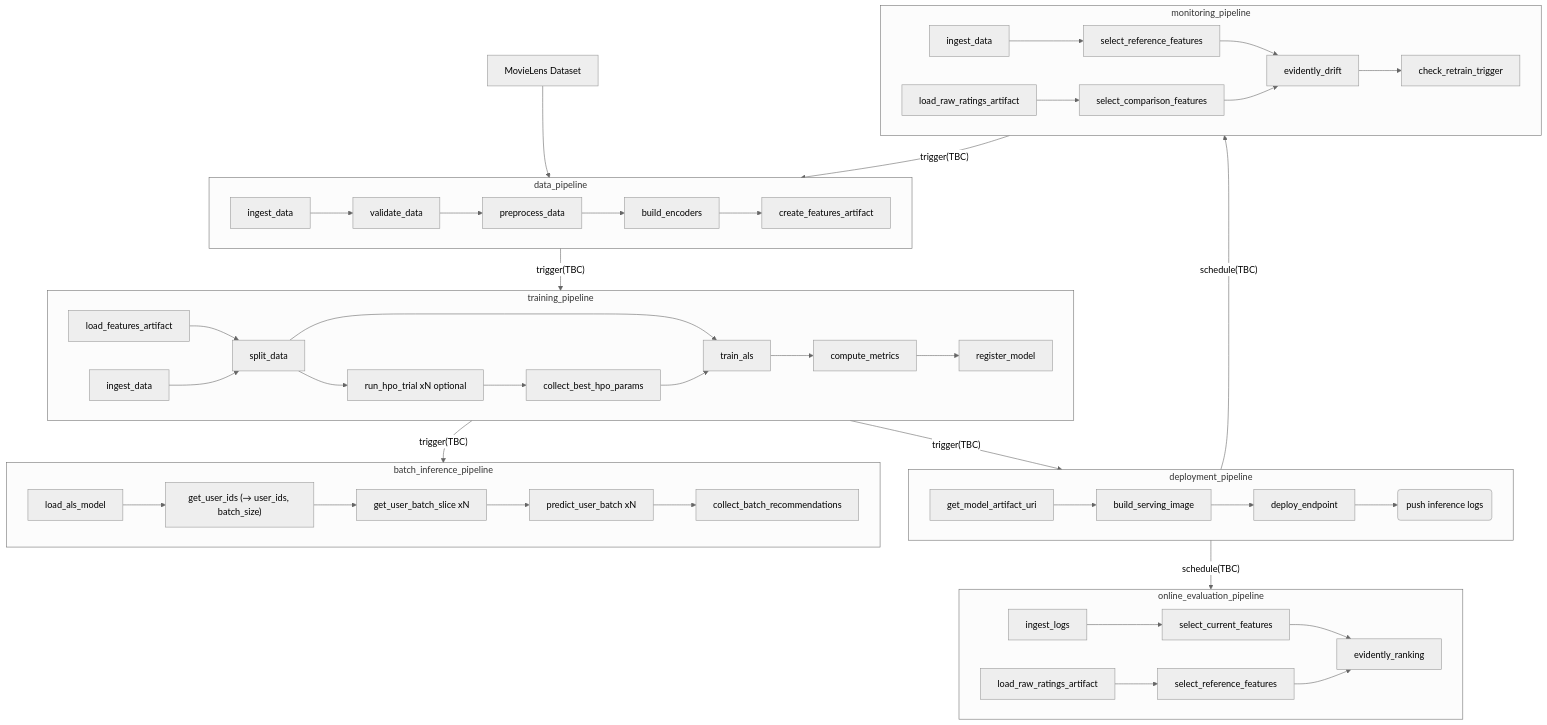
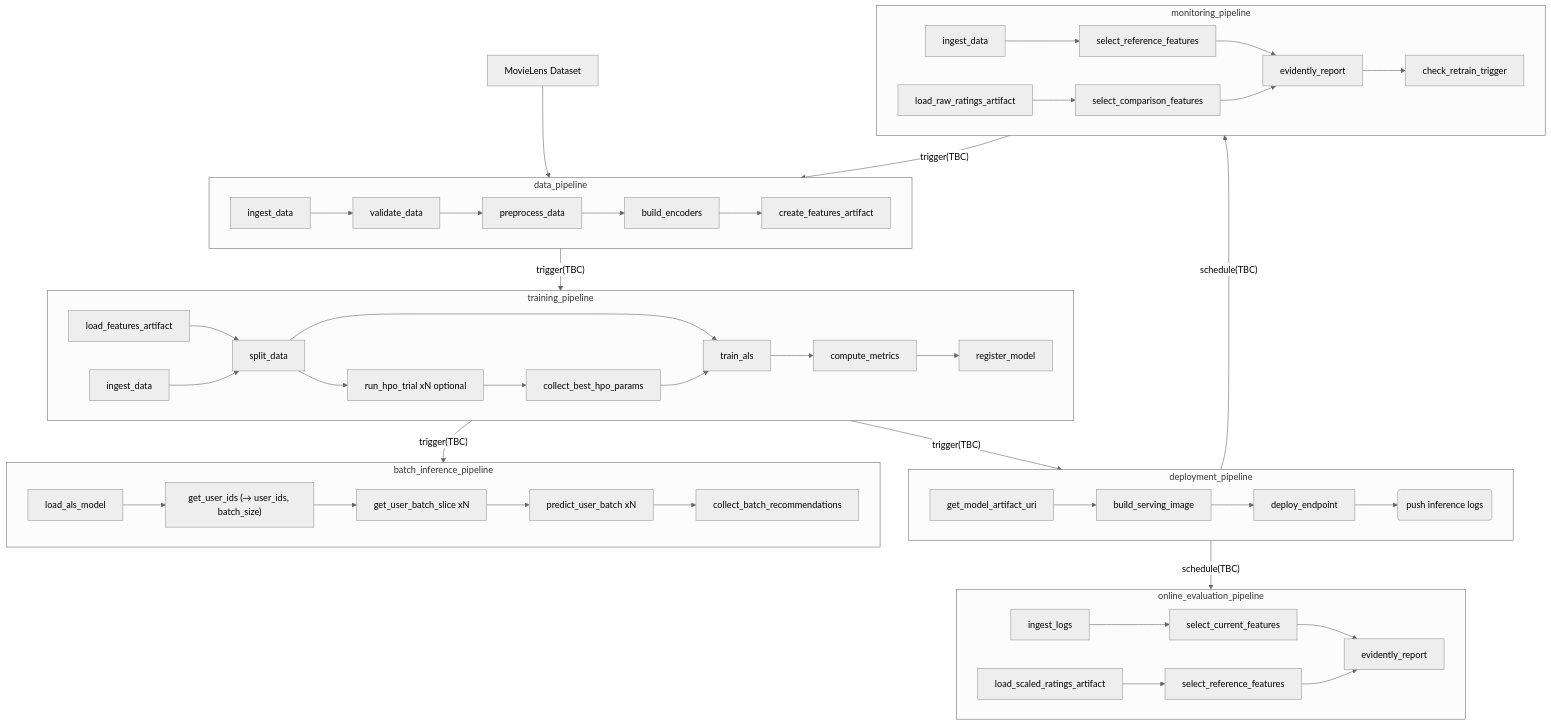
Before and after one commit to sagadana/zenml-mlops: the diagram in .agents/specs/wf_matrix_factorization.md, drawn with Mermaid (neutral theme). The commit also changed 2 other files, not shown here.

Commit message:
update monitoring

````diff
--- a/.agents/specs/wf_matrix_factorization.md
+++ b/.agents/specs/wf_matrix_factorization.md
@@ -19,49 +19,49 @@
 ```mermaid
 graph TD
 
     subgraph D[data_pipeline]
         D1[ingest_data] --> D2[validate_data] --> D2a[preprocess_data] --> D3[build_encoders] --> D4[create_features_artifact]
     end
 
     subgraph T[training_pipeline]
         T0[load_features_artifact] --> T4[split_data]
         T1[ingest_data] --> T4
         T4 --> T5[run_hpo_trial xN optional]
         T5 --> T6[collect_best_hpo_params]
         T4 --> T7[train_als]
         T6 --> T7
         T7 --> T10[compute_metrics] --> T11[register_model]
     end
 
     subgraph BI[batch_inference_pipeline]
         S1[load_als_model] --> S1a["get_user_ids (→ user_ids, batch_size)"]
         S1a --> S2a[get_user_batch_slice xN]
         S2a --> S2[predict_user_batch xN] --> S3[collect_batch_recommendations]
     end
 
     subgraph DP[deployment_pipeline]
         S4[get_model_artifact_uri] --> S5[build_serving_image] --> S6[deploy_endpoint] --> S6-a(push inference logs)
     end
 
     subgraph M[monitoring_pipeline]
         M1[load_raw_ratings_artifact] --> M1a[select_comparison_features]
-        M2[ingest_data] --> M2a[select_reference_features] --> M3[evidently_drift]
+        M2[ingest_data] --> M2a[select_reference_features] --> M3[evidently_report]
         M1a --> M3
         M3 --> M5[check_retrain_trigger]
     end
 
     subgraph OE[online_evaluation_pipeline]
-        OE1[load_raw_ratings_artifact] --> OE1a[select_reference_features]
-        OE2[ingest_logs] --> OE2a[select_current_features] --> OE3[evidently_ranking]
+        OE1[load_scaled_ratings_artifact] --> OE1a[select_reference_features]
+        OE2[ingest_logs] --> OE2a[select_current_features] --> OE3[evidently_report]
         OE1a --> OE3
     end
 
     A[MovieLens Dataset] --> D
     D -->|"trigger(TBC)"| T
     T -->|"trigger(TBC)"| BI
     T -->|"trigger(TBC)"| DP
     DP -->|"schedule(TBC)"| M
     DP -->|"schedule(TBC)"| OE
     M -->|"trigger(TBC)"| D
 
 ```
````
